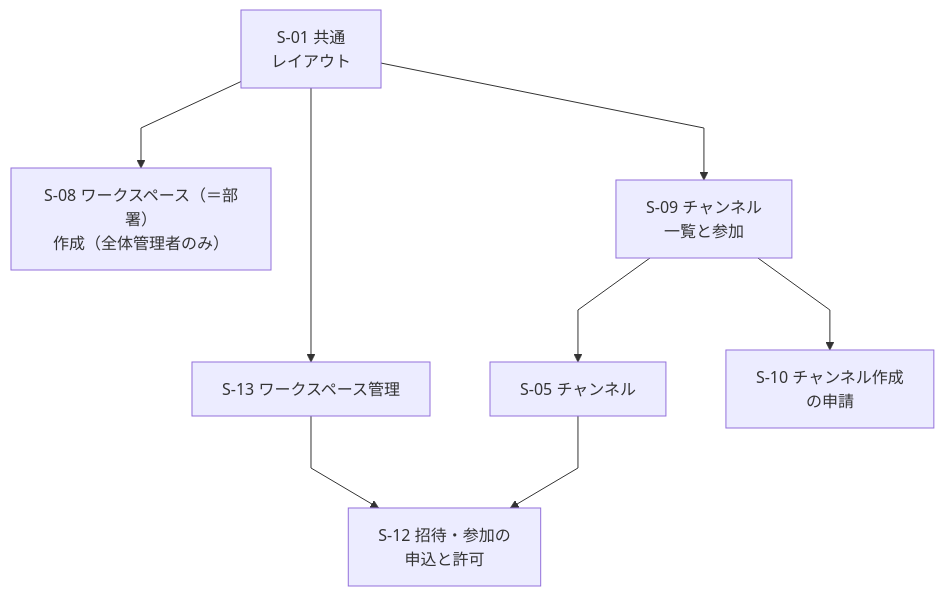
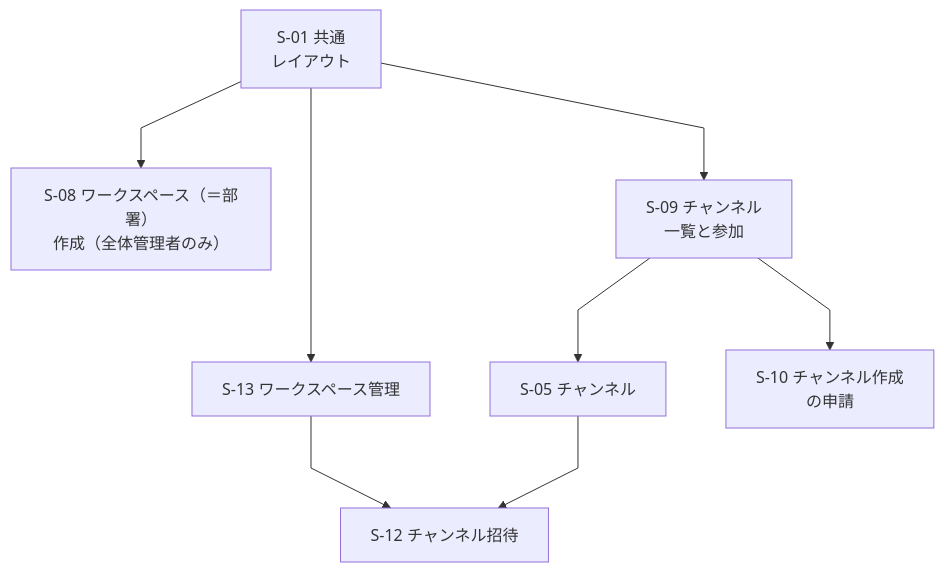
Before and after one commit to yamamotonaoki3/internal-system: the fourth of 13 diagrams in docs/requirements/screens.md, drawn with Mermaid. The commit also changed other lines of this file and 20 other files, not shown here.

````diff
--- a/docs/requirements/screens.md
+++ b/docs/requirements/screens.md
@@ -154,11 +161,11 @@
 ```mermaid
 %%{init: {"flowchart": {"nodeSpacing": 60, "rankSpacing": 80, "curve": "linear", "htmlLabels": true}}}%%
 flowchart TD
     S01["S-01 共通<br/>レイアウト"] --> S08["S-08 ワークスペース（＝部署）<br/>作成（全体管理者のみ）"]
     S01 --> S09["S-09 チャンネル<br/>一覧と参加"]
     S01 --> S13["S-13 ワークスペース管理"]
     S09 --> S05["S-05 チャンネル"]
     S09 --> S10["S-10 チャンネル作成<br/>の申請"]
-    S13 --> S12["S-12 招待・参加の<br/>申込と許可"]
+    S13 --> S12["S-12 チャンネル招待"]
     S05 --> S12
 ```
````
